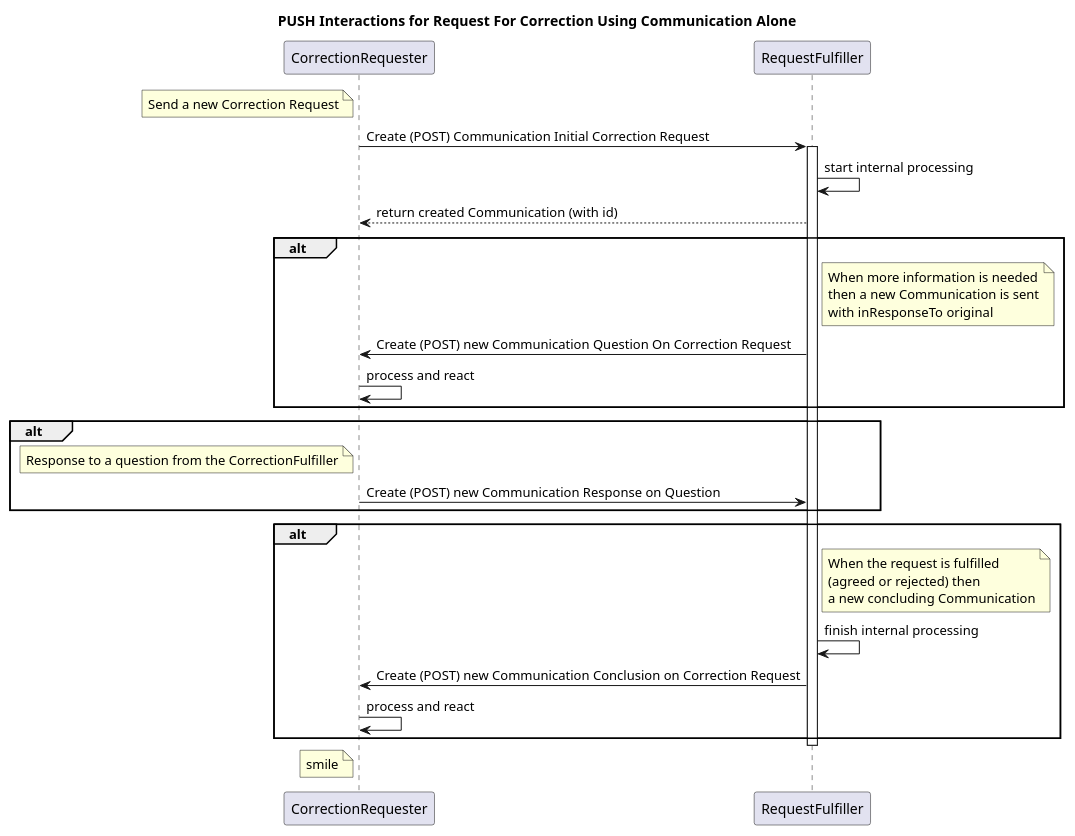
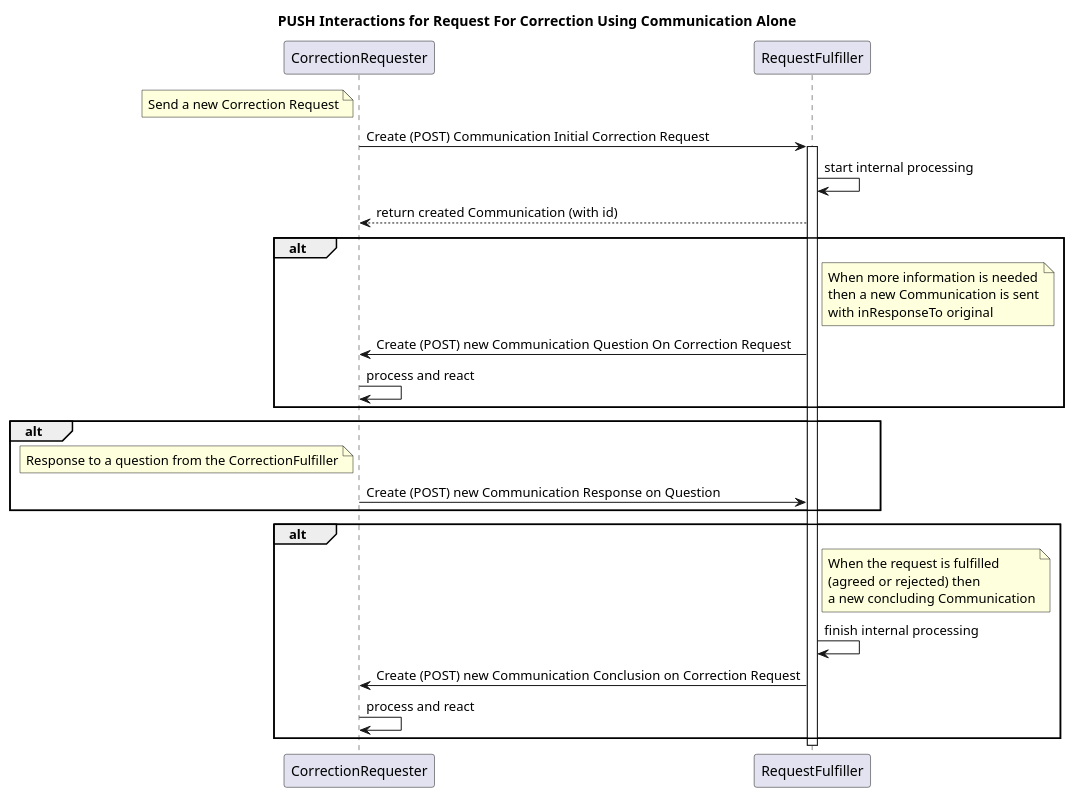
One commit to HL7/fhir-patient-correction changed the diagram in input/images-source/comm-push-request.plantuml. Above: the diagram before and after it, drawn with PlantUML. The commit also changed 6 other files, not shown here.

```diff
--- a/input/images-source/comm-push-request.plantuml
+++ b/input/images-source/comm-push-request.plantuml
@@ -1,44 +1,44 @@
 @startuml
 title PUSH Interactions for Request For Correction Using Communication Alone
 
 note left of CorrectionRequester
 Send a new Correction Request
 end note
 CorrectionRequester->RequestFulfiller: Create (POST) Communication Initial Correction Request
 activate RequestFulfiller
 RequestFulfiller->RequestFulfiller: start internal processing
 RequestFulfiller-->CorrectionRequester: return created Communication (with id)
 
 alt
 note right of RequestFulfiller
 When more information is needed
 then a new Communication is sent
 with inResponseTo original
 end note
 CorrectionRequester<-RequestFulfiller: Create (POST) new Communication Question On Correction Request
 CorrectionRequester -> CorrectionRequester: process and react
 end
 
 alt
 note left of CorrectionRequester
 Response to a question from the CorrectionFulfiller
 end note
 CorrectionRequester->RequestFulfiller: Create (POST) new Communication Response on Question
 end
 
 
 
 alt
 note right of RequestFulfiller
 When the request is fulfilled
 (agreed or rejected) then 
 a new concluding Communication
 end note
 RequestFulfiller->RequestFulfiller: finish internal processing
 CorrectionRequester<-RequestFulfiller: Create (POST) new Communication Conclusion on Correction Request
 CorrectionRequester -> CorrectionRequester: process and react
 end
 
 Deactivate RequestFulfiller
-note left of CorrectionRequester: smile
+
 @enduml
```
